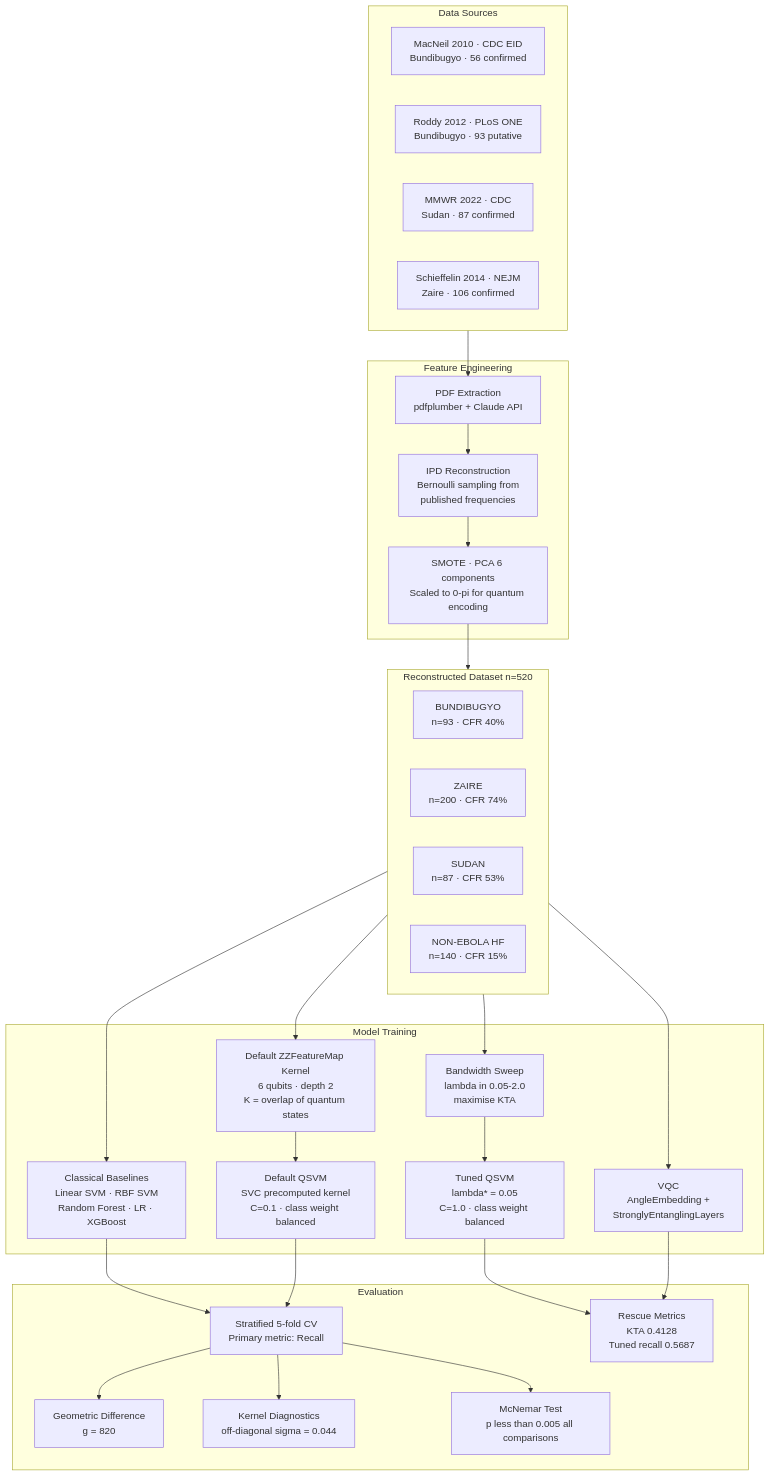
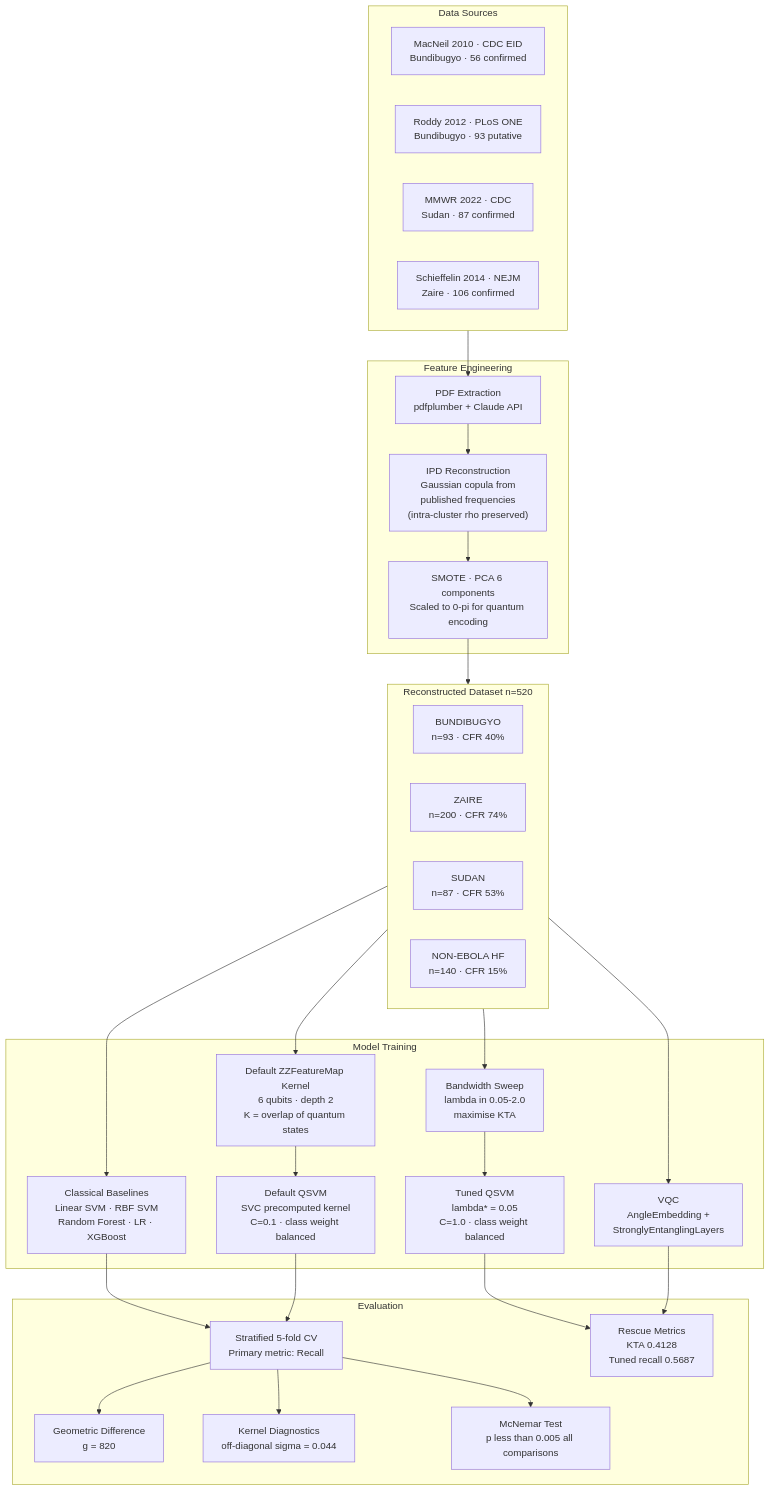
Before and after one commit to Vishnu2707/qsvm-ebola-classifier: the diagram in README.md, drawn with Mermaid.

Commit message:
docs(readme): Fix architecture diagram -- copula replaces Bernoulli IPD
Update Mermaid flowchart node F to reflect the Gaussian copula
reconstruction implemented in feat(data) commit 13dbe6a.
Independent Bernoulli sampling is no longer the method used.

````diff
--- a/README.md
+++ b/README.md
@@ -20,54 +20,54 @@
 ```mermaid
 flowchart TD
     subgraph Sources["Data Sources"]
         A["MacNeil 2010 · CDC EID\nBundibugyo · 56 confirmed"]
         B["Roddy 2012 · PLoS ONE\nBundibugyo · 93 putative"]
         C["MMWR 2022 · CDC\nSudan · 87 confirmed"]
         D["Schieffelin 2014 · NEJM\nZaire · 106 confirmed"]
     end
 
     subgraph Engineering["Feature Engineering"]
         E["PDF Extraction\npdfplumber + Claude API"]
-        F["IPD Reconstruction\nBernoulli sampling from\npublished frequencies"]
+        F["IPD Reconstruction\nGaussian copula from\npublished frequencies\n(intra-cluster rho preserved)"]
         G["SMOTE · PCA 6 components\nScaled to 0-pi for quantum encoding"]
     end
 
     subgraph Classes["Reconstructed Dataset  n=520"]
         H["BUNDIBUGYO\nn=93 · CFR 40%"]
         I["ZAIRE\nn=200 · CFR 74%"]
         J["SUDAN\nn=87 · CFR 53%"]
         K["NON-EBOLA HF\nn=140 · CFR 15%"]
     end
 
     subgraph Models["Model Training"]
         L["Classical Baselines\nLinear SVM · RBF SVM\nRandom Forest · LR · XGBoost"]
         M["Default ZZFeatureMap Kernel\n6 qubits · depth 2\nK = overlap of quantum states"]
         N["Default QSVM\nSVC precomputed kernel\nC=0.1 · class weight balanced"]
         S["Bandwidth Sweep\nlambda in 0.05-2.0\nmaximise KTA"]
         T["Tuned QSVM\nlambda* = 0.05\nC=1.0 · class weight balanced"]
         U["VQC\nAngleEmbedding +\nStronglyEntanglingLayers"]
     end
 
     subgraph Evaluation["Evaluation"]
         O["Stratified 5-fold CV\nPrimary metric: Recall"]
         P["Geometric Difference\ng = 820"]
         Q["Kernel Diagnostics\noff-diagonal sigma = 0.044"]
         R["McNemar Test\np less than 0.005 all comparisons"]
         V["Rescue Metrics\nKTA 0.4128\nTuned recall 0.5687"]
     end
 
     Sources --> E
     E --> F --> G
     G --> Classes
     Classes --> L
     Classes --> M --> N
     Classes --> S --> T
     Classes --> U
     L --> O
     N --> O
     T --> V
     U --> V
     O --> P
     O --> Q
     O --> R
 ```
````
